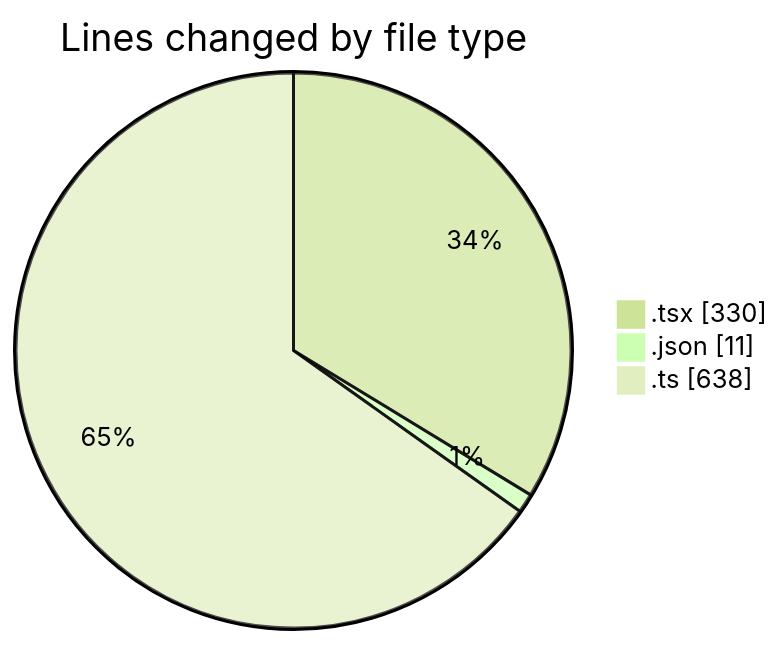
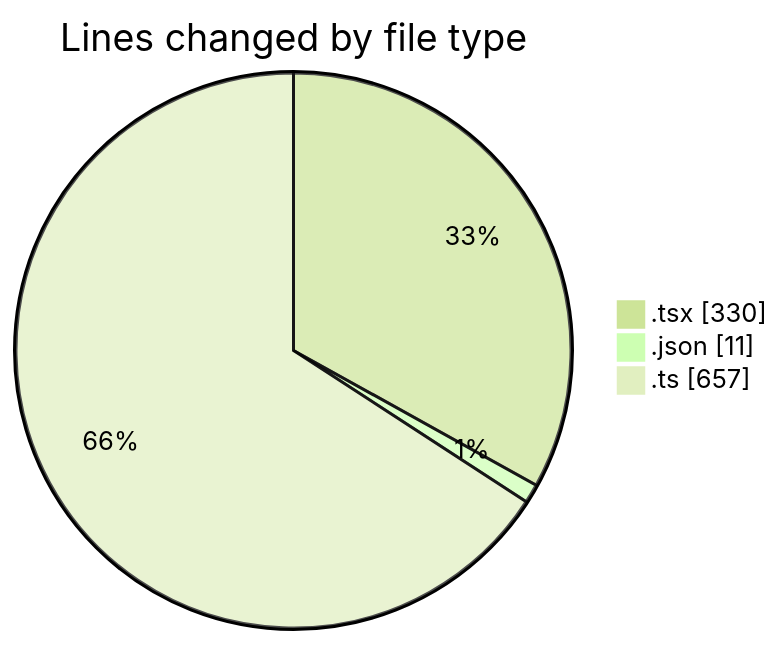
The first of 2 diagrams in 2025-05-12/cda/README.md (momahboobian/code-tracking), drawn with Mermaid (forest theme) before and after one commit. The commit also changed other lines of this file and 1 other file, not shown here.

````diff
--- a/2025-05-12/cda/README.md
+++ b/2025-05-12/cda/README.md
@@ -31,7 +31,7 @@
 ```mermaid
 pie showData
 title Lines changed by file type
 ".tsx" : 330
 ".json" : 11
-".ts" : 638
+".ts" : 657
 ```
````
